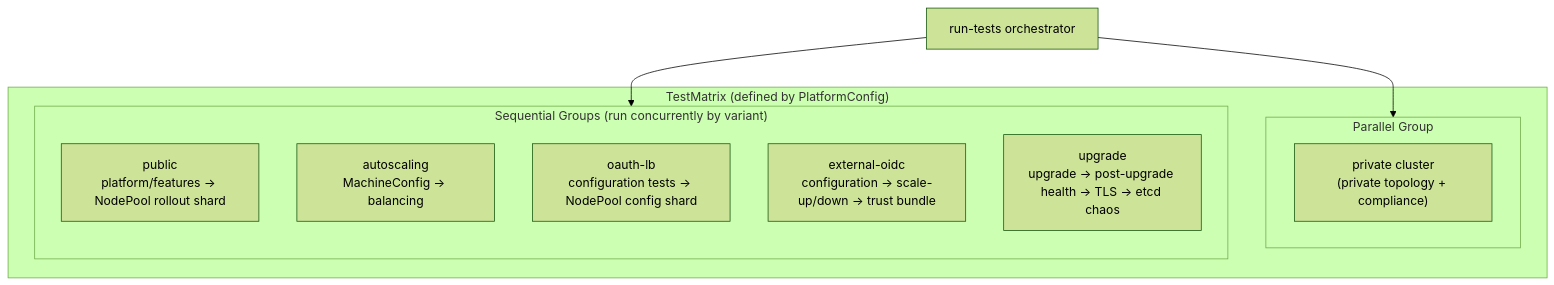
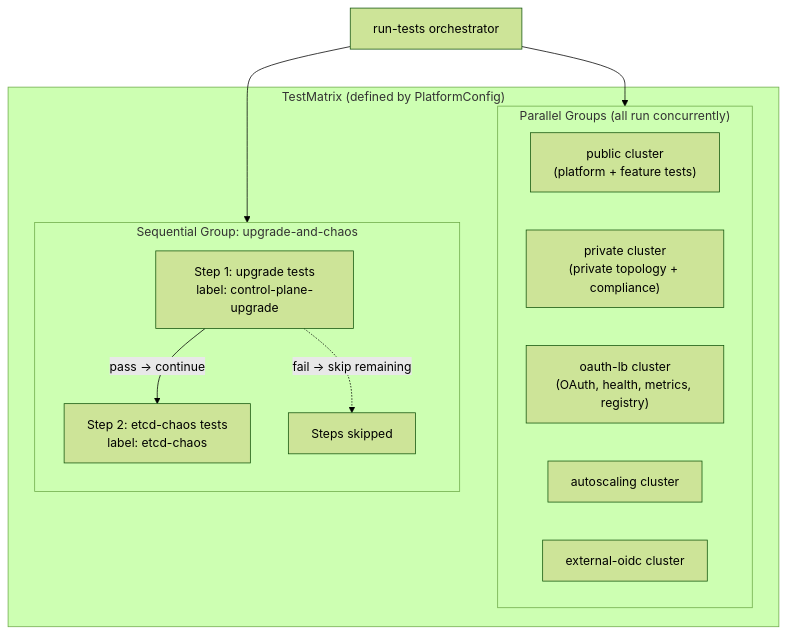
The third of 4 diagrams in docs/content/how-to/ci/v2-testing/test-flow.md (openshift/hypershift), drawn with Mermaid (forest theme) before and after one commit. The commit also changed other lines of this file and 1 other file, not shown here.

````diff
--- a/docs/content/how-to/ci/v2-testing/test-flow.md
+++ b/docs/content/how-to/ci/v2-testing/test-flow.md
@@ -305,21 +285,24 @@
 ```mermaid
 flowchart TD
     subgraph TestMatrix["TestMatrix (defined by PlatformConfig)"]
-        subgraph Parallel["Parallel Group"]
-            P1["private cluster<br/>(private topology + compliance)"]
+        subgraph Parallel["Parallel Groups (all run concurrently)"]
+            P1["public cluster<br/>(platform + feature tests)"]
+            P2["private cluster<br/>(private topology + compliance)"]
+            P3["oauth-lb cluster<br/>(OAuth, health, metrics, registry)"]
+            P4["autoscaling cluster"]
+            P5["external-oidc cluster"]
         end
 
-        subgraph Sequential["Sequential Groups (run concurrently by variant)"]
+        subgraph Sequential["Sequential Group: upgrade-and-chaos"]
             direction TB
-            S1["public<br/>platform/features → NodePool rollout shard"]
-            S2["autoscaling<br/>MachineConfig → balancing"]
-            S3["oauth-lb<br/>configuration tests → NodePool config shard"]
-            S4["external-oidc<br/>configuration → scale-up/down → trust bundle"]
-            S5["upgrade<br/>upgrade → post-upgrade health → TLS → etcd chaos"]
+            S1["Step 1: upgrade tests<br/>label: control-plane-upgrade"]
+            S2["Step 2: etcd-chaos tests<br/>label: etcd-chaos"]
+            S1 -->|"pass → continue"| S2
+            S1 -.->|"fail → skip remaining"| SKIP["Steps skipped"]
         end
     end
 
     RT["run-tests orchestrator"] --> Parallel
     RT --> Sequential
 
 ```
````
